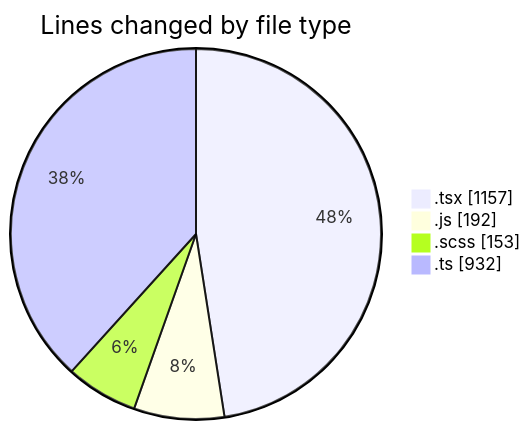
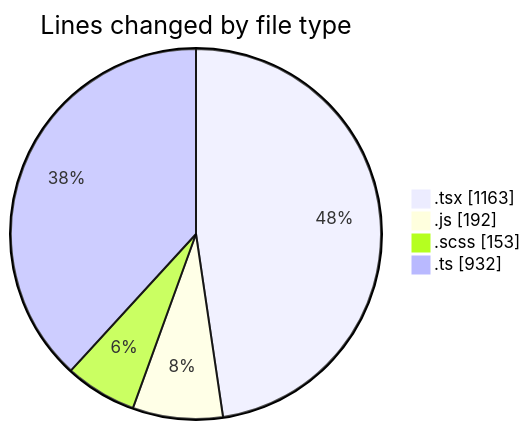
One commit to momahboobian/code-tracking changed the first of 2 diagrams in 2026-08-25/cda/README.md. Above: the diagram before and after it, drawn with Mermaid. The commit also changed other lines of this file and 1 other file, not shown here.

````diff
--- a/2026-08-25/cda/README.md
+++ b/2026-08-25/cda/README.md
@@ -43,8 +43,8 @@
 ```mermaid
 pie showData
 title Lines changed by file type
-".tsx" : 1157
+".tsx" : 1163
 ".js" : 192
 ".scss" : 153
 ".ts" : 932
 ```
````
